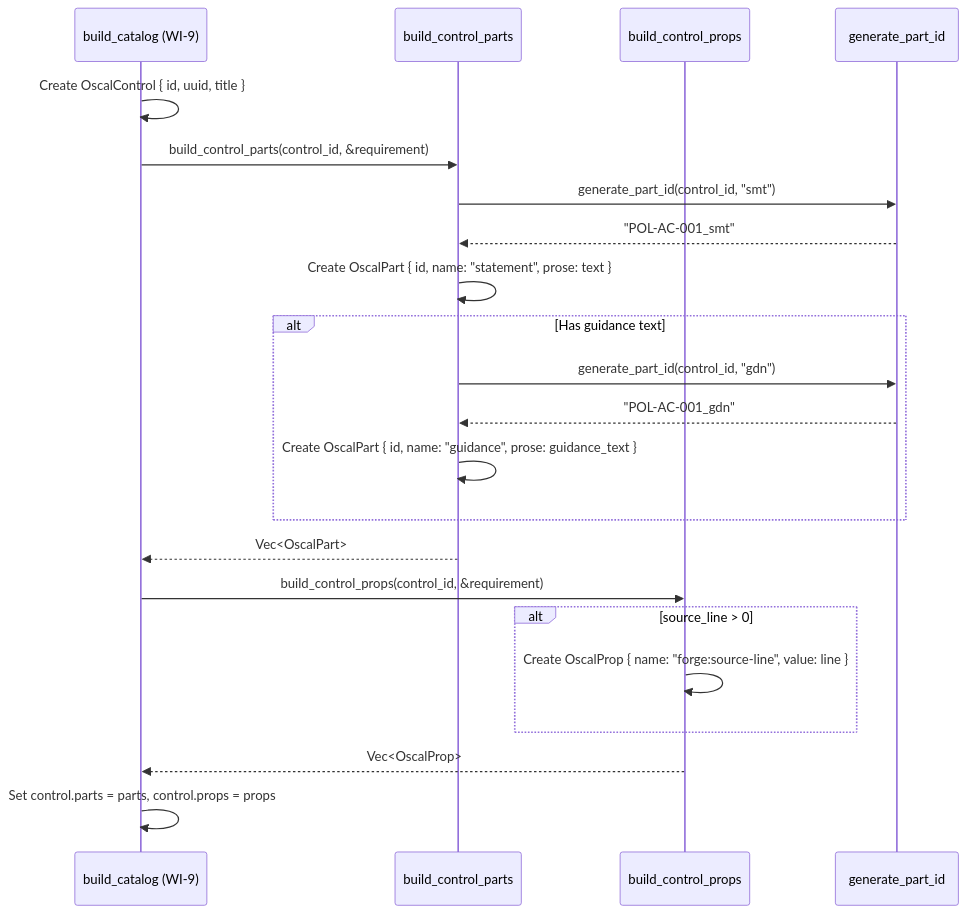
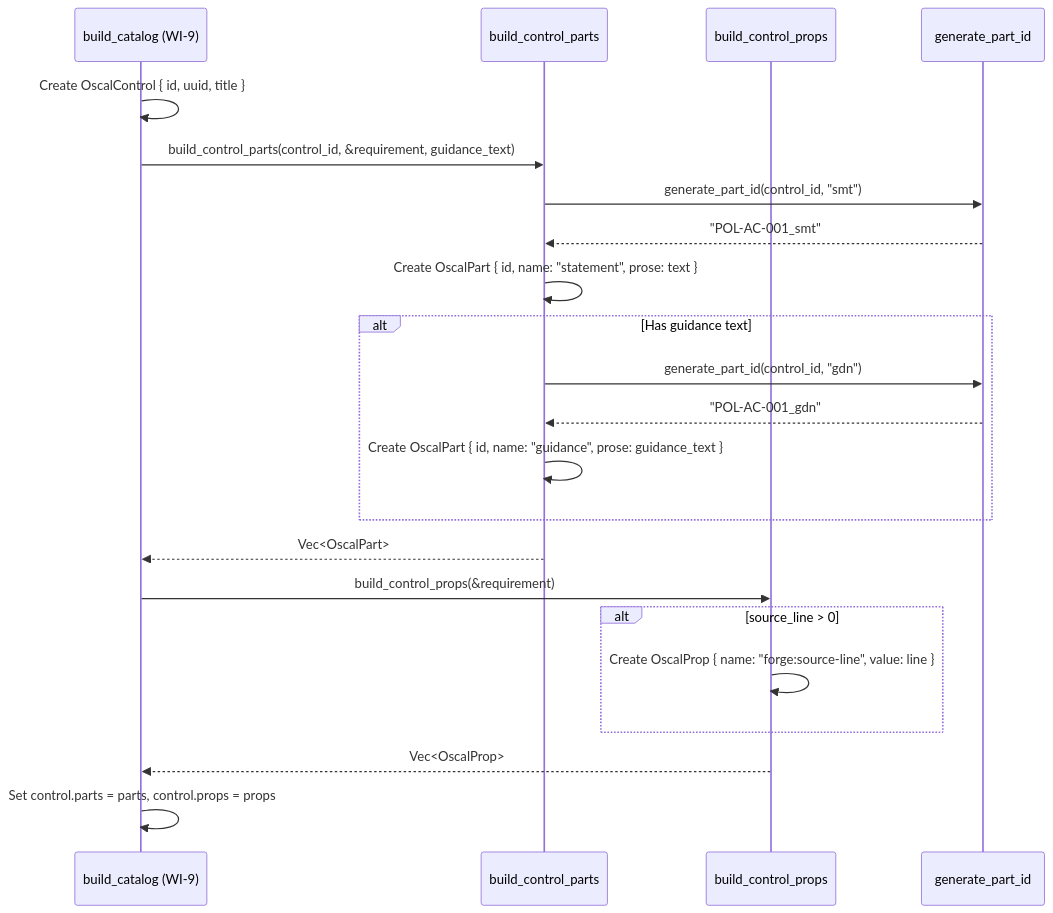
Before and after one commit to policy-forge/forge: the third of 3 diagrams in docs/AR/010-ar-catalog-statement-parts.md, drawn with Mermaid. The commit also changed other lines of this file and 14 other files, not shown here.

First line of the commit message:
Implement OSCAL Catalog statement parts and props (WI-10)

````diff
--- a/docs/AR/010-ar-catalog-statement-parts.md
+++ b/docs/AR/010-ar-catalog-statement-parts.md
@@ -270,25 +270,25 @@
 ```mermaid
 sequenceDiagram
     participant B as build_catalog (WI-9)
     participant P as build_control_parts
     participant R as build_control_props
     participant ID as generate_part_id
 
     B->>B: Create OscalControl { id, uuid, title }
-    B->>P: build_control_parts(control_id, &requirement)
+    B->>P: build_control_parts(control_id, &requirement, guidance_text)
     P->>ID: generate_part_id(control_id, "smt")
     ID-->>P: "POL-AC-001_smt"
     P->>P: Create OscalPart { id, name: "statement", prose: text }
     alt Has guidance text
         P->>ID: generate_part_id(control_id, "gdn")
         ID-->>P: "POL-AC-001_gdn"
         P->>P: Create OscalPart { id, name: "guidance", prose: guidance_text }
     end
     P-->>B: Vec<OscalPart>
-    B->>R: build_control_props(control_id, &requirement)
+    B->>R: build_control_props(&requirement)
     alt source_line > 0
         R->>R: Create OscalProp { name: "forge:source-line", value: line }
     end
     R-->>B: Vec<OscalProp>
     B->>B: Set control.parts = parts, control.props = props
 ```
````
